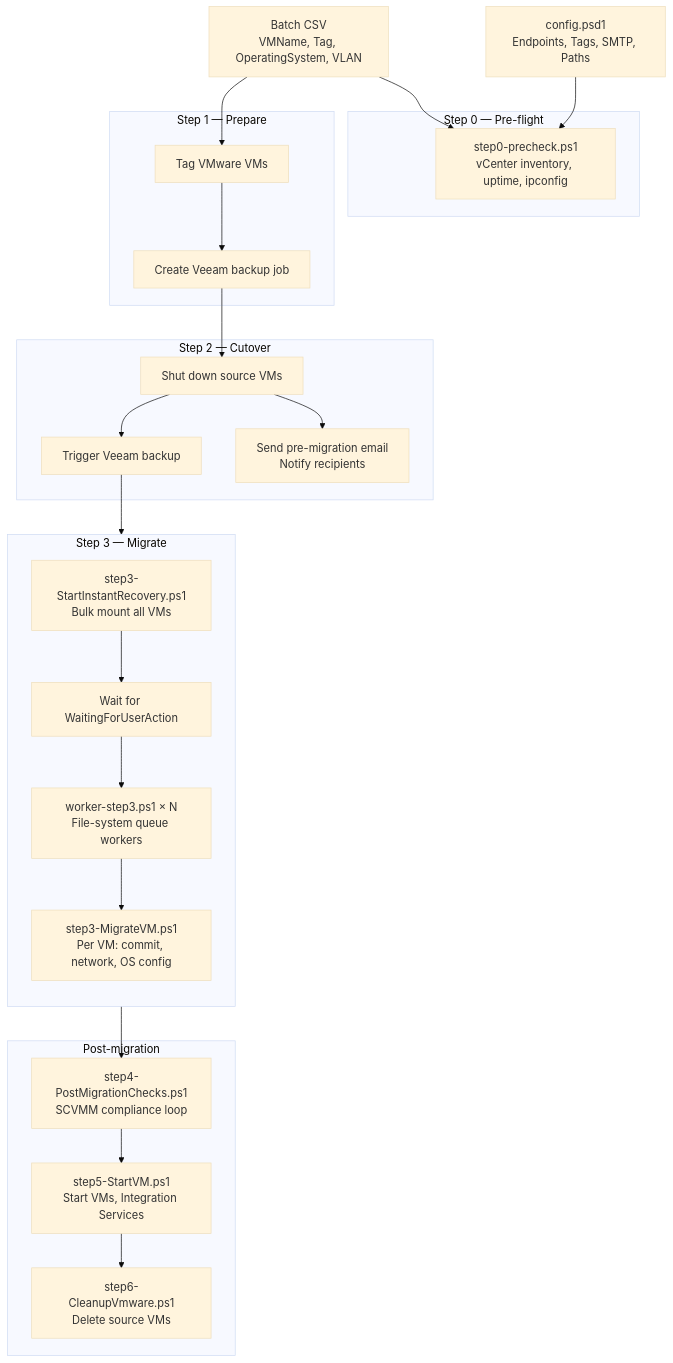
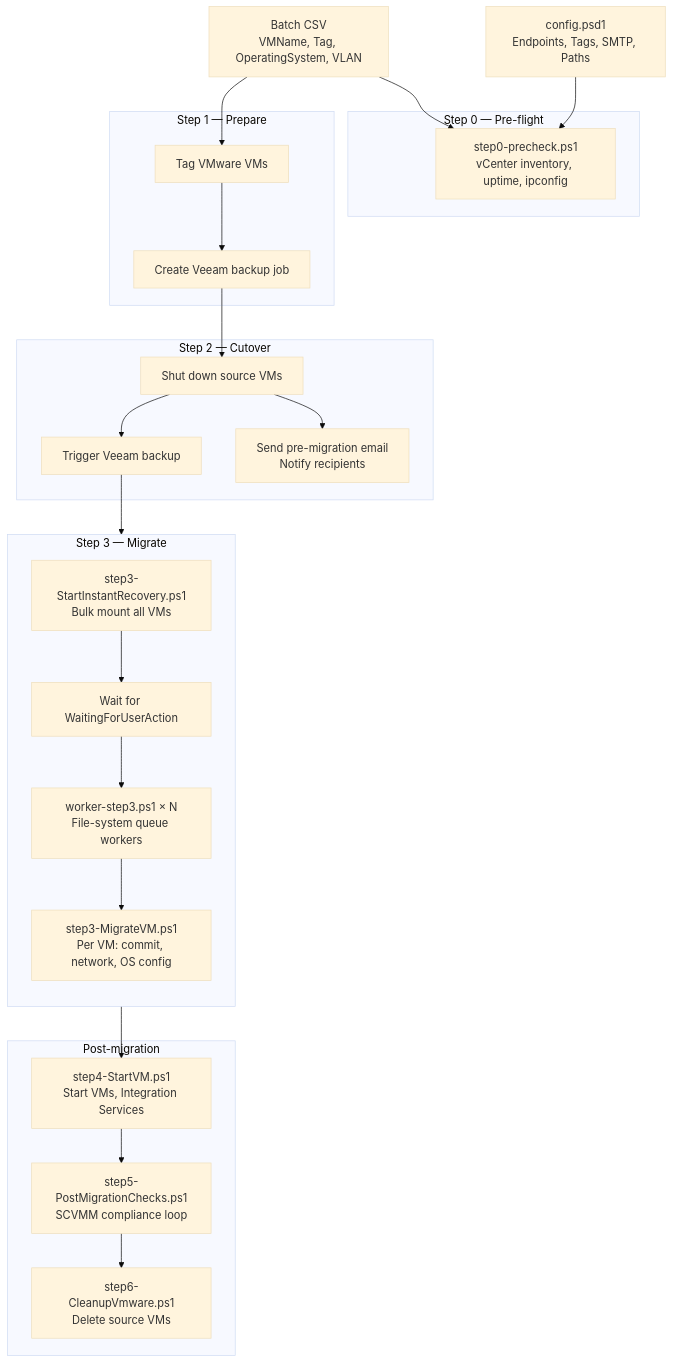
The first of 2 diagrams in README.md (happyvm/vmware2hyperv), drawn with Mermaid (base theme) before and after one commit. The commit also changed other lines of this file and 9 other files, not shown here.

````diff
--- a/README.md
+++ b/README.md
@@ -27,49 +27,49 @@
 ```mermaid
 flowchart TD
     CSV[Batch CSV\nVMName, Tag, OperatingSystem, VLAN]
     CFG[config.psd1\nEndpoints, Tags, SMTP, Paths]
 
     subgraph STEP0["Step 0 — Pre-flight"]
         PRECHECK[step0-precheck.ps1\nvCenter inventory, uptime, ipconfig]
     end
 
     subgraph STEP1["Step 1 — Prepare"]
         TAG[Tag VMware VMs]
         VEEAMJOB[Create Veeam backup job]
     end
 
     subgraph STEP2["Step 2 — Cutover"]
         SHUTDOWN[Shut down source VMs]
         BACKUP[Trigger Veeam backup]
         MAIL[Send pre-migration email\nNotify recipients]
     end
 
     subgraph STEP3["Step 3 — Migrate"]
         direction TB
         BULKIR[step3-StartInstantRecovery.ps1\nBulk mount all VMs]
         WAIT[Wait for WaitingForUserAction]
         WORKER[worker-step3.ps1 × N\nFile-system queue workers]
         MIGRATE[step3-MigrateVM.ps1\nPer VM: commit, network, OS config]
     end
 
     subgraph POST["Post-migration"]
-        CHECKS[step4-PostMigrationChecks.ps1\nSCVMM compliance loop]
-        STARTVM[step5-StartVM.ps1\nStart VMs, Integration Services]
+        STARTVM[step4-StartVM.ps1\nStart VMs, Integration Services]
+        CHECKS[step5-PostMigrationChecks.ps1\nSCVMM compliance loop]
         CLEANUP[step6-CleanupVmware.ps1\nDelete source VMs]
     end
 
     CSV --> PRECHECK
     CFG --> PRECHECK
     CSV --> TAG
     TAG --> VEEAMJOB
     VEEAMJOB --> SHUTDOWN
     SHUTDOWN --> BACKUP
     SHUTDOWN --> MAIL
     BACKUP --> BULKIR
     BULKIR --> WAIT
     WAIT --> WORKER
     WORKER --> MIGRATE
-    MIGRATE --> CHECKS
-    CHECKS --> STARTVM
-    STARTVM --> CLEANUP
+    MIGRATE --> STARTVM
+    STARTVM --> CHECKS
+    CHECKS --> CLEANUP
 ```
````
